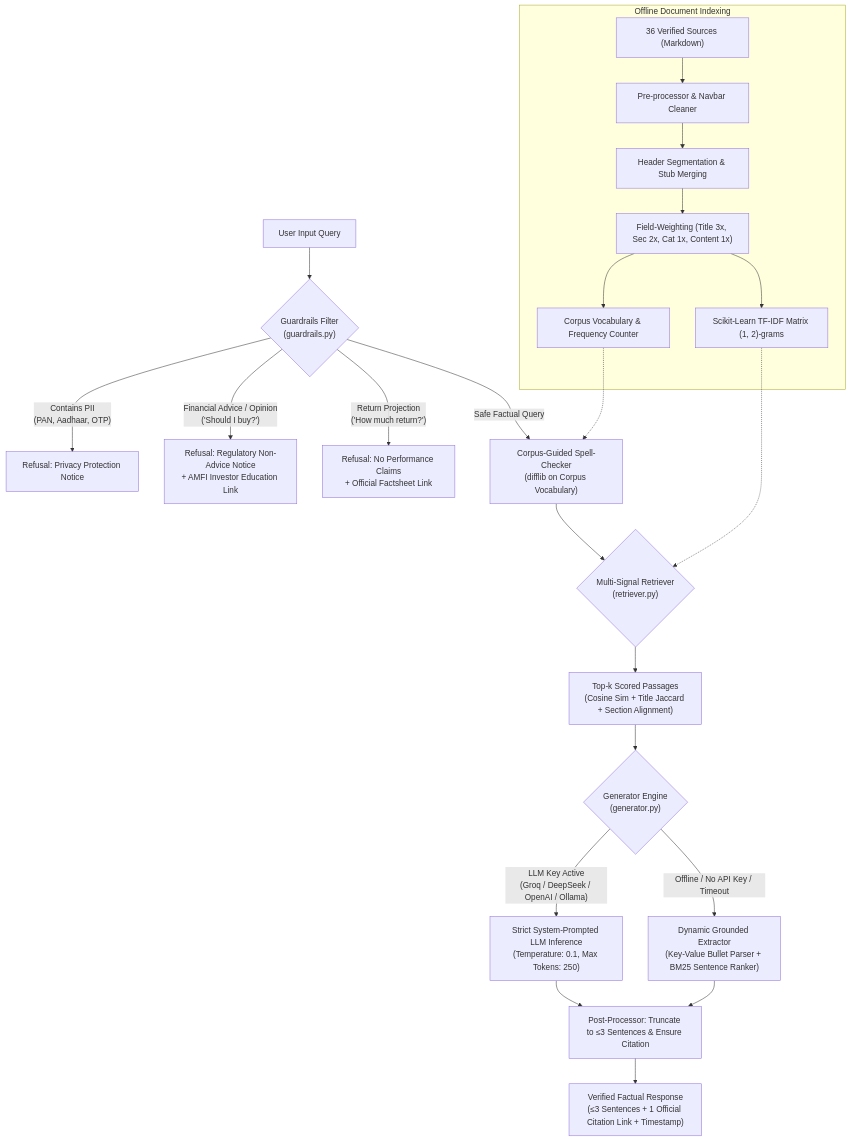
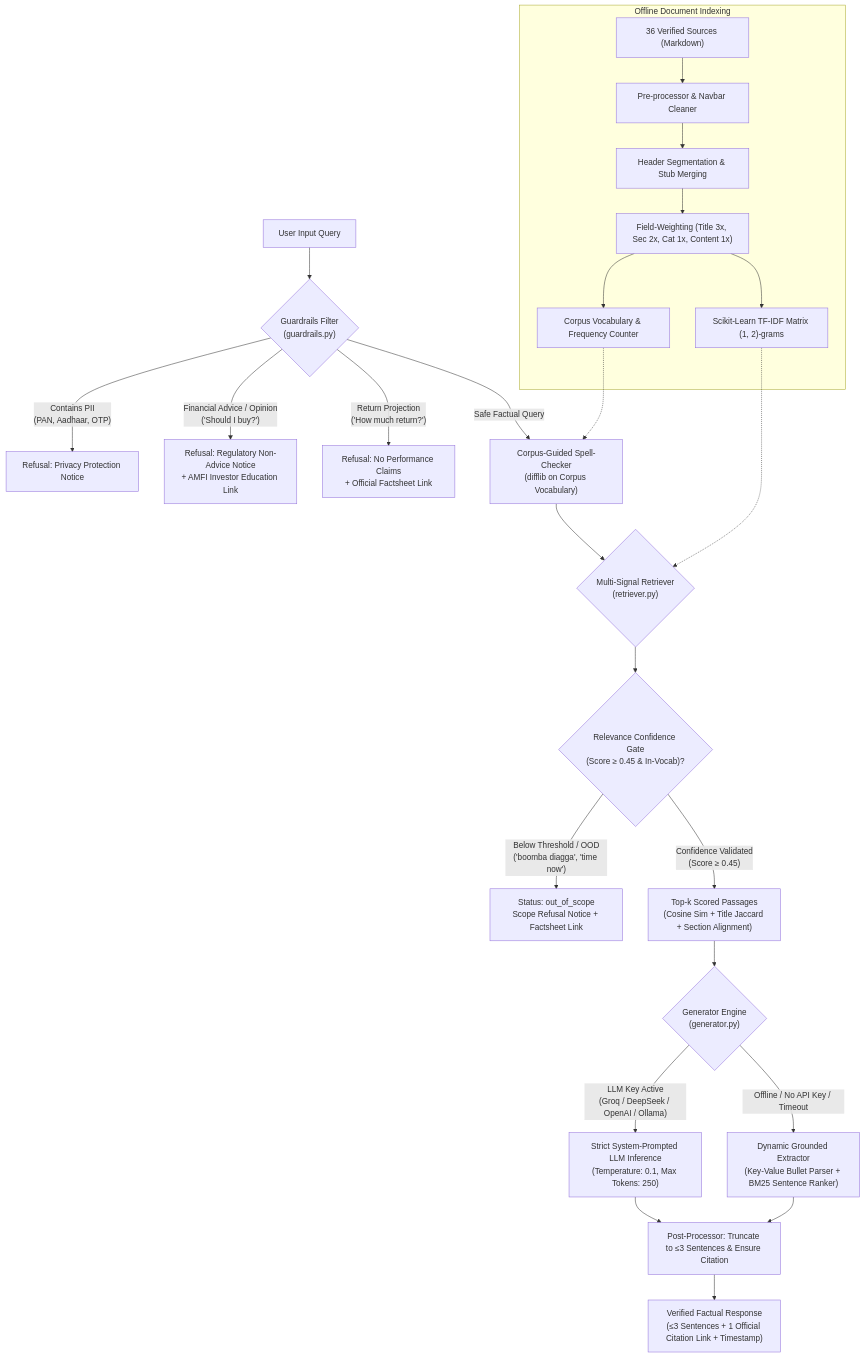
The first of 3 diagrams in docs/architecture.md (chris-joseph/elss_chatbot), drawn with Mermaid before and after one commit. The commit also changed other lines of this file and 7 other files, not shown here.

Commit message:
feat(rag): implement principled out-of-scope query rejection and update architecture documentation

````diff
--- a/docs/architecture.md
+++ b/docs/architecture.md
@@ -38,35 +38,38 @@
 ```mermaid
 flowchart TD
     UserQuery["User Input Query"] --> Guardrails{"Guardrails Filter<br/>(guardrails.py)"}
     
     Guardrails -- "Contains PII<br/>(PAN, Aadhaar, OTP)" --> RefusalPII["Refusal: Privacy Protection Notice"]
     Guardrails -- "Financial Advice / Opinion<br/>('Should I buy?')" --> RefusalAdvice["Refusal: Regulatory Non-Advice Notice<br/>+ AMFI Investor Education Link"]
     Guardrails -- "Return Projection<br/>('How much return?')" --> RefusalPerf["Refusal: No Performance Claims<br/>+ Official Factsheet Link"]
     
     Guardrails -- "Safe Factual Query" --> Normalizer["Corpus-Guided Spell-Checker<br/>(difflib on Corpus Vocabulary)"]
     
     subgraph OfflineCorpusIndex ["Offline Document Indexing"]
         RawDocs["36 Verified Sources (Markdown)"] --> Cleaner["Pre-processor & Navbar Cleaner"]
         Cleaner --> Chunker["Header Segmentation & Stub Merging"]
         Chunker --> FieldWeights["Field-Weighting (Title 3x, Sec 2x, Cat 1x, Content 1x)"]
         FieldWeights --> TFIDFIndex["Scikit-Learn TF-IDF Matrix (1, 2)-grams"]
         FieldWeights --> VocabIndex["Corpus Vocabulary & Frequency Counter"]
     end
     
     VocabIndex -.-> Normalizer
     
     Normalizer --> Retriever{"Multi-Signal Retriever<br/>(retriever.py)"}
     TFIDFIndex -.-> Retriever
     
-    Retriever --> TopK["Top-k Scored Passages<br/>(Cosine Sim + Title Jaccard + Section Alignment)"]
+    Retriever --> ConfidenceGate{"Relevance Confidence Gate<br/>(Score ≥ 0.45 & In-Vocab)?"}
+    
+    ConfidenceGate -- "Below Threshold / OOD<br/>('boomba diagga', 'time now')" --> OutOfScope["Status: out_of_scope<br/>Scope Refusal Notice + Factsheet Link"]
+    ConfidenceGate -- "Confidence Validated<br/>(Score ≥ 0.45)" --> TopK["Top-k Scored Passages<br/>(Cosine Sim + Title Jaccard + Section Alignment)"]
     
     TopK --> Generator{"Generator Engine<br/>(generator.py)"}
     
     Generator -- "LLM Key Active<br/>(Groq / DeepSeek / OpenAI / Ollama)" --> OnlineLLM["Strict System-Prompted LLM Inference<br/>(Temperature: 0.1, Max Tokens: 250)"]
     Generator -- "Offline / No API Key / Timeout" --> OfflineExtractor["Dynamic Grounded Extractor<br/>(Key-Value Bullet Parser + BM25 Sentence Ranker)"]
     
     OnlineLLM --> PostProc["Post-Processor: Truncate to ≤3 Sentences & Ensure Citation"]
     OfflineExtractor --> PostProc
     
     PostProc --> FinalResponse["Verified Factual Response<br/>(≤3 Sentences + 1 Official Citation Link + Timestamp)"]
 ```
````
